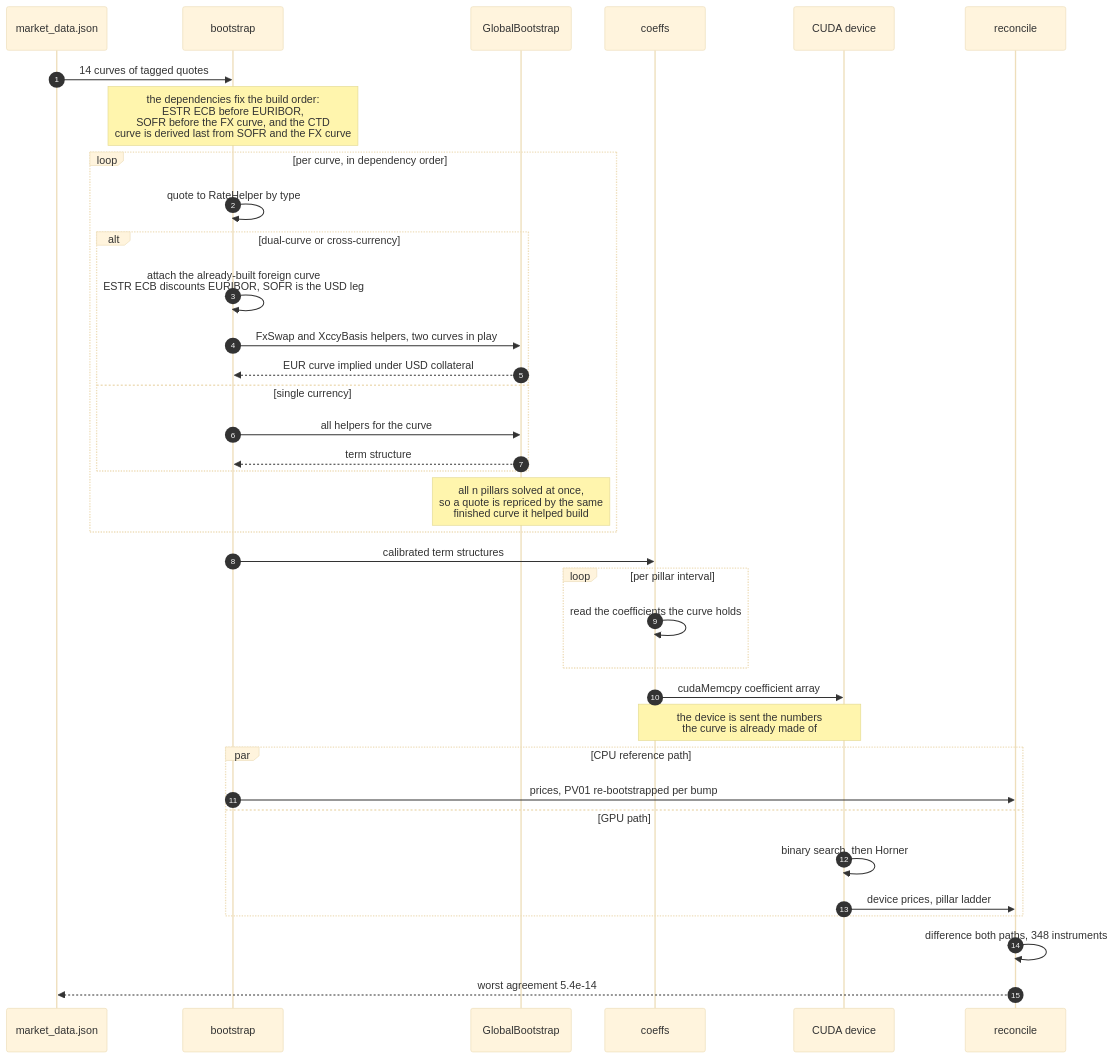
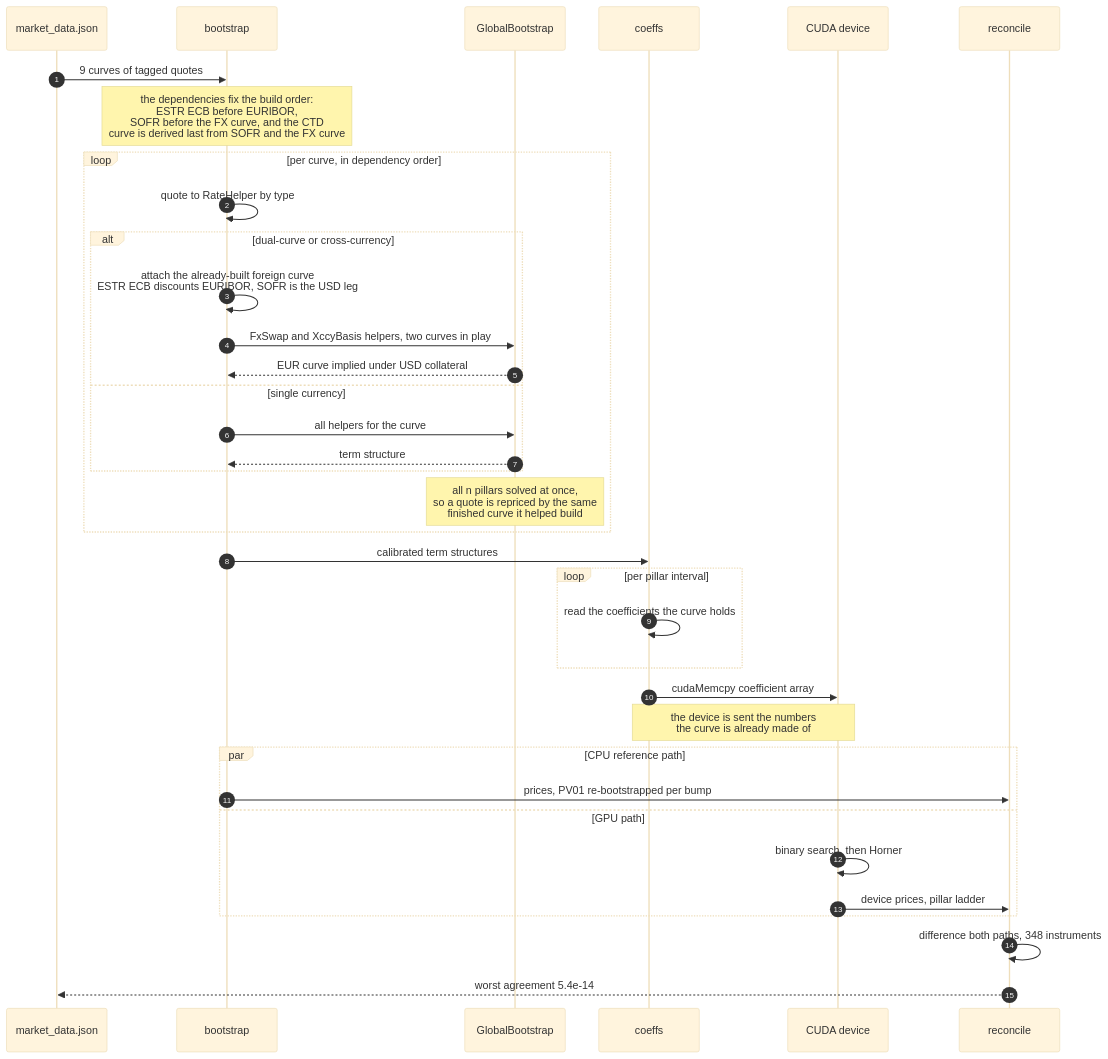
Before and after one commit to jrwglover/portfolio: the diagram in src/components/dashboards/curve_model/diagrams/valuation-run.mmd, drawn with Mermaid (base theme). The commit also changed 27 other files, not shown here.

```diff
--- a/src/components/dashboards/curve_model/diagrams/valuation-run.mmd
+++ b/src/components/dashboards/curve_model/diagrams/valuation-run.mmd
@@ -1,45 +1,45 @@
 %% One valuation run, in order, with the real operations named.
 %% Note: avoid "->", angle brackets and semicolons in message text. The
 %% lexer reads them as arrow tokens and fails to parse.
 sequenceDiagram
   autonumber
   participant MD as market_data.json
   participant B as bootstrap
   participant QL as GlobalBootstrap
   participant SC as coeffs
   participant GPU as CUDA device
   participant V as reconcile
 
-  MD->>B: 14 curves of tagged quotes
+  MD->>B: 9 curves of tagged quotes
 
   Note over B: the dependencies fix the build order:<br/>ESTR ECB before EURIBOR,<br/>SOFR before the FX curve, and the CTD<br/>curve is derived last from SOFR and the FX curve
 
   loop per curve, in dependency order
     B->>B: quote to RateHelper by type
     alt dual-curve or cross-currency
       B->>B: attach the already-built foreign curve<br/>ESTR ECB discounts EURIBOR, SOFR is the USD leg
       B->>QL: FxSwap and XccyBasis helpers, two curves in play
       QL-->>B: EUR curve implied under USD collateral
     else single currency
       B->>QL: all helpers for the curve
       QL-->>B: term structure
     end
     Note over QL: all n pillars solved at once,<br/>so a quote is repriced by the same<br/>finished curve it helped build
   end
 
   B->>SC: calibrated term structures
   loop per pillar interval
     SC->>SC: read the coefficients the curve holds
   end
   SC->>GPU: cudaMemcpy coefficient array
   Note over SC,GPU: the device is sent the numbers<br/>the curve is already made of
 
   par CPU reference path
     B->>V: prices, PV01 re-bootstrapped per bump
   and GPU path
     GPU->>GPU: binary search, then Horner
     GPU->>V: device prices, pillar ladder
   end
 
   V->>V: difference both paths, 348 instruments
   V-->>MD: worst agreement 5.4e-14
```
